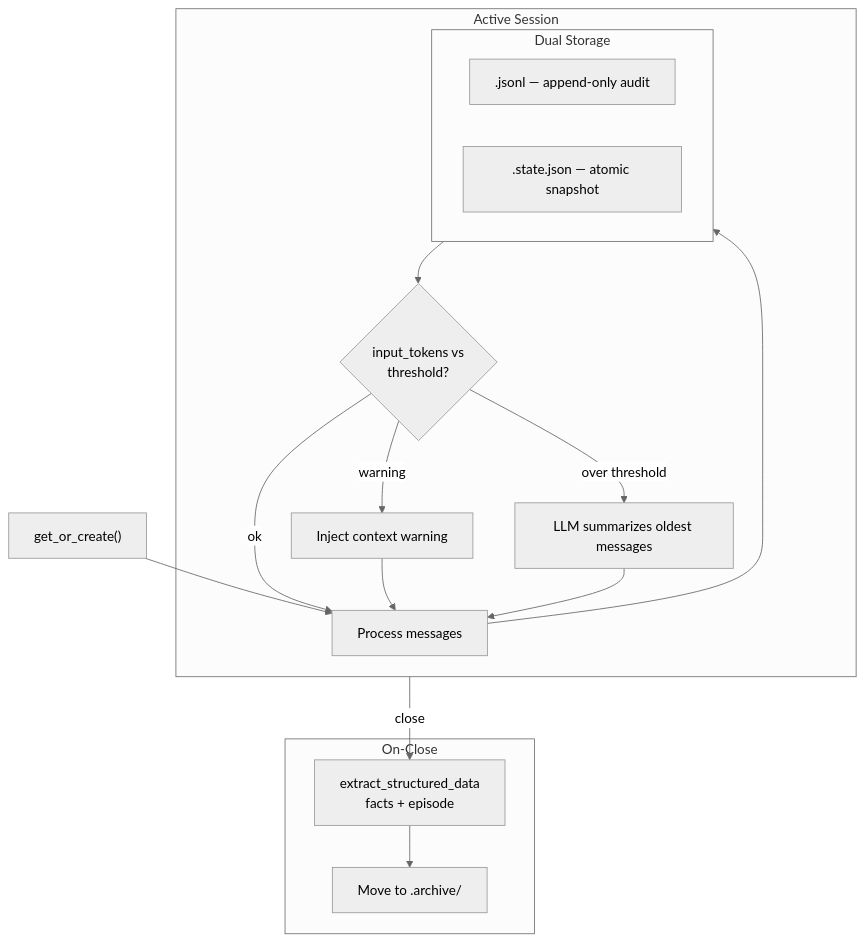
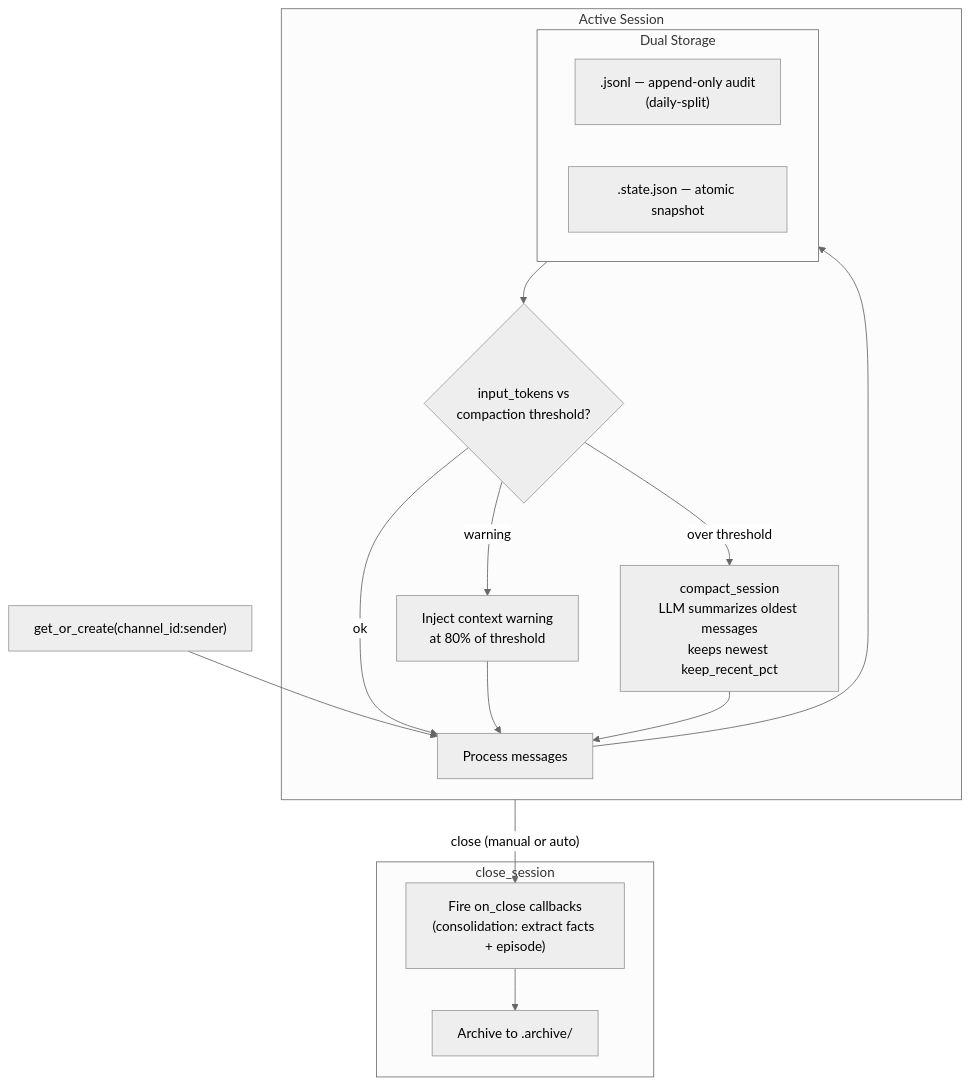
The sixth of 10 diagrams in docs/diagrams.md (nicolasforstinger/lucyd), drawn with Mermaid (neutral theme) before and after one commit. The commit also changed other lines of this file and 1 other file, not shown here.

First line of the commit message:
Rewrite diagrams.md and operations.md from code

````diff
--- a/docs/diagrams.md
+++ b/docs/diagrams.md
@@ -221,28 +214,28 @@
 ```mermaid
 flowchart TD
-    CREATE["get_or_create()"]
+    CREATE["get_or_create(channel_id:sender)"]
 
     subgraph Active["Active Session"]
         MSG["Process messages"]
 
         subgraph Storage["Dual Storage"]
-            JSONL[".jsonl — append-only audit"]
+            JSONL[".jsonl — append-only audit<br/>(daily-split)"]
             STATE[".state.json — atomic snapshot"]
         end
 
-        CHECK{"input_tokens vs<br/>threshold?"}
-        WARN["Inject context warning"]
-        COMPACT["LLM summarizes oldest messages"]
+        CHECK{"input_tokens vs<br/>compaction threshold?"}
+        WARN["Inject context warning<br/>at 80% of threshold"]
+        COMPACT["compact_session<br/>LLM summarizes oldest messages<br/>keeps newest keep_recent_pct"]
     end
 
-    subgraph Close["On-Close"]
-        EXTRACT["extract_structured_data<br/>facts + episode"]
-        ARCHIVE["Move to .archive/"]
+    subgraph Close["close_session"]
+        CALLBACKS["Fire on_close callbacks<br/>(consolidation: extract facts + episode)"]
+        ARCHIVE["Archive to .archive/"]
     end
 
     CREATE --> MSG --> Storage --> CHECK
     CHECK -->|ok| MSG
     CHECK -->|warning| WARN --> MSG
     CHECK -->|over threshold| COMPACT --> MSG
-    Active -->|close| EXTRACT --> ARCHIVE
+    Active -->|"close (manual or auto)"| CALLBACKS --> ARCHIVE
 ```
````
